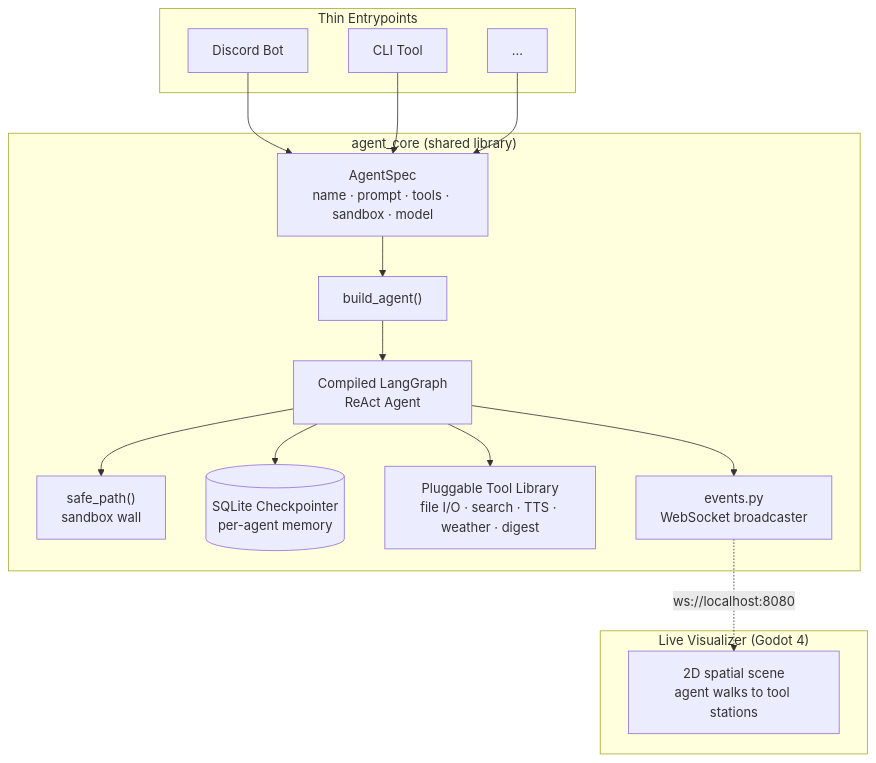
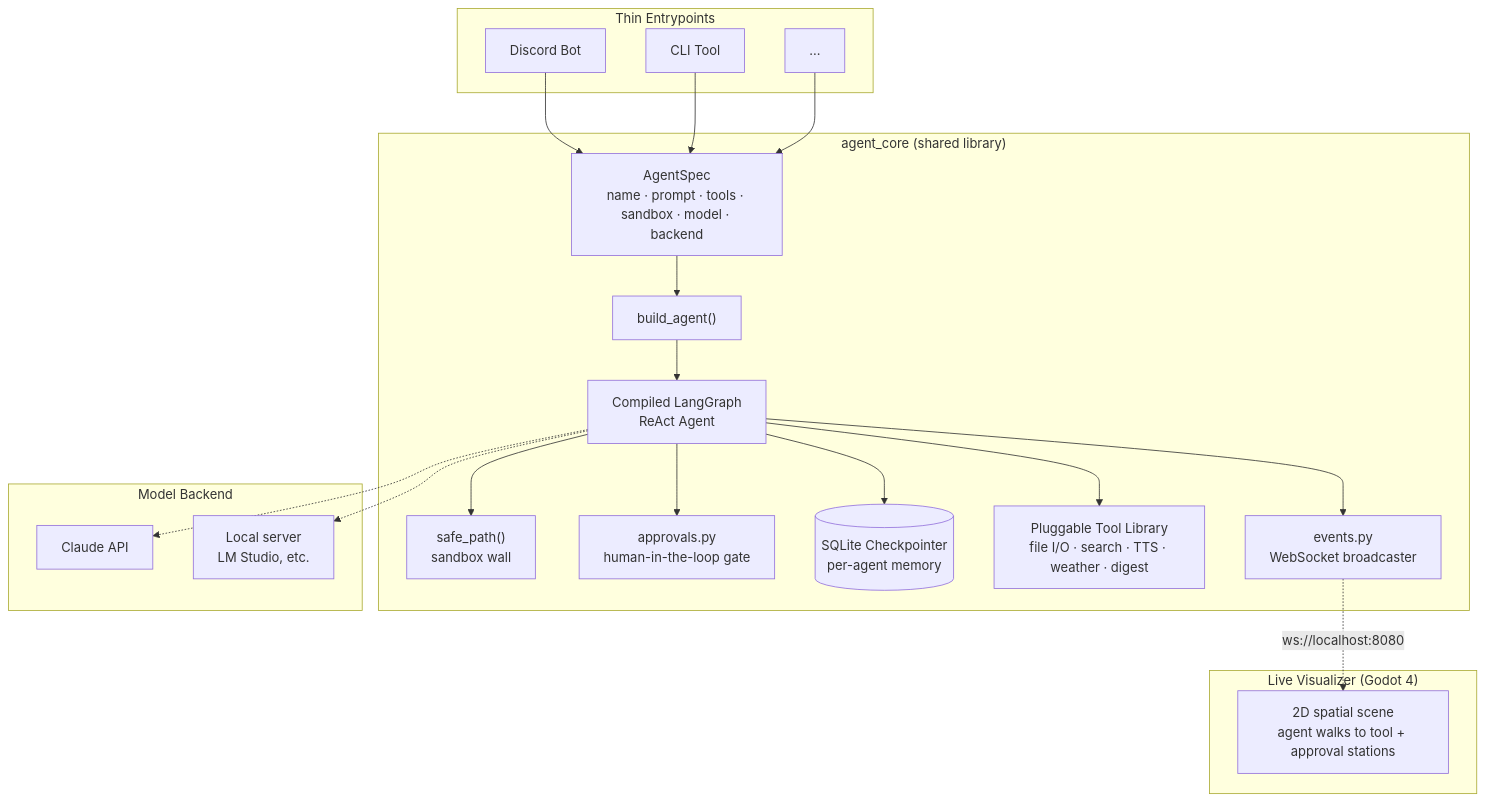
One commit to COSMOAGNOSTIC/cosmoai-adept changed the diagram in README.md. Above: the diagram before and after it, drawn with Mermaid. The commit also changed other lines of this file and 15 other files, not shown here.

First line of the commit message:
Add human-in-the-loop approval gate and swappable local LLM backend

````diff
--- a/README.md
+++ b/README.md
@@ -14,32 +14,41 @@
 ```mermaid
 flowchart TB
     subgraph Entrypoints["Thin Entrypoints"]
         A1["Discord Bot"]
         A2["CLI Tool"]
         A3["..."]
     end
 
     subgraph Core["agent_core (shared library)"]
-        Spec["AgentSpec<br/>name · prompt · tools · sandbox · model"]
+        Spec["AgentSpec<br/>name · prompt · tools · sandbox · model · backend"]
         Build["build_agent()"]
         Graph["Compiled LangGraph<br/>ReAct Agent"]
         Sandbox["safe_path()<br/>sandbox wall"]
+        Approval["approvals.py<br/>human-in-the-loop gate"]
         Memory[("SQLite Checkpointer<br/>per-agent memory")]
         Tools["Pluggable Tool Library<br/>file I/O · search · TTS · weather · digest"]
         Events["events.py<br/>WebSocket broadcaster"]
     end
 
+    subgraph Models["Model Backend"]
+        Anthropic["Claude API"]
+        Local["Local server<br/>LM Studio, etc."]
+    end
+
     subgraph Viz["Live Visualizer (Godot 4)"]
-        Godot["2D spatial scene<br/>agent walks to tool stations"]
+        Godot["2D spatial scene<br/>agent walks to tool + approval stations"]
     end
 
     A1 --> Spec
     A2 --> Spec
     A3 --> Spec
     Spec --> Build --> Graph
     Graph --> Sandbox
+    Graph --> Approval
     Graph --> Memory
     Graph --> Tools
     Graph --> Events
+    Graph -.-> Anthropic
+    Graph -.-> Local
     Events -. "ws://localhost:8080" .-> Godot
 ```
````
